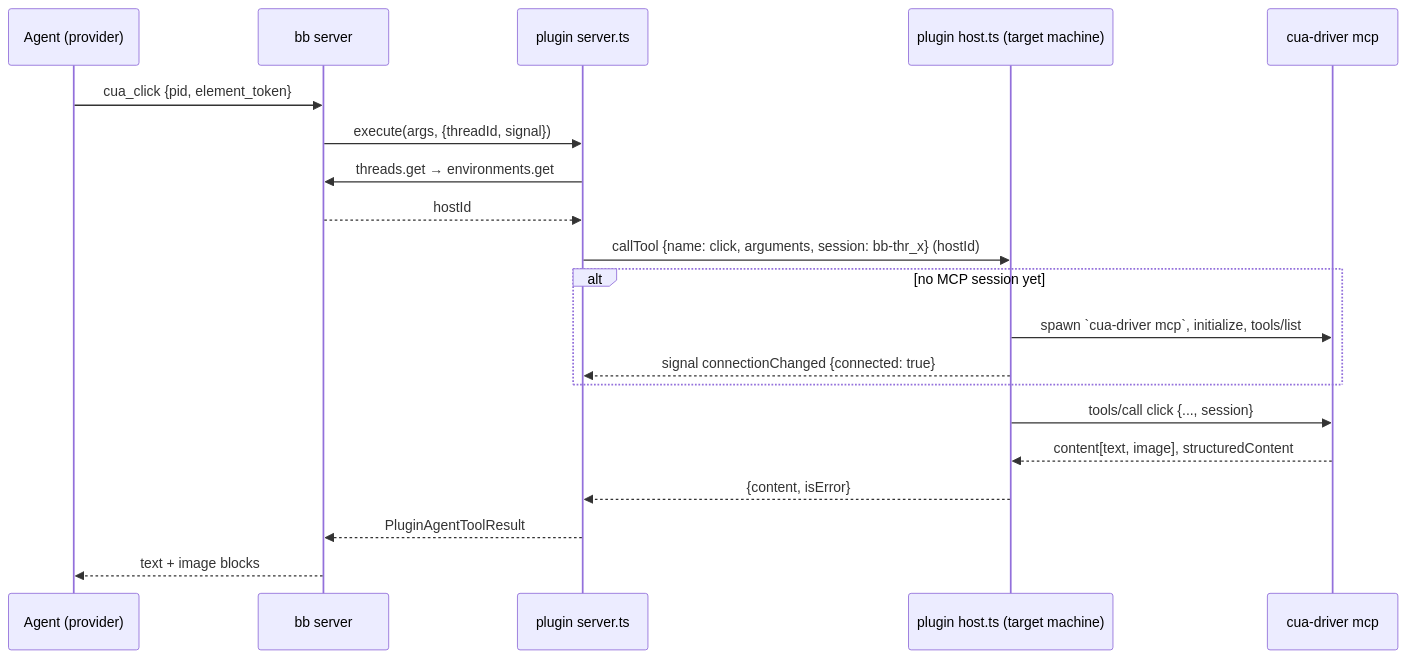
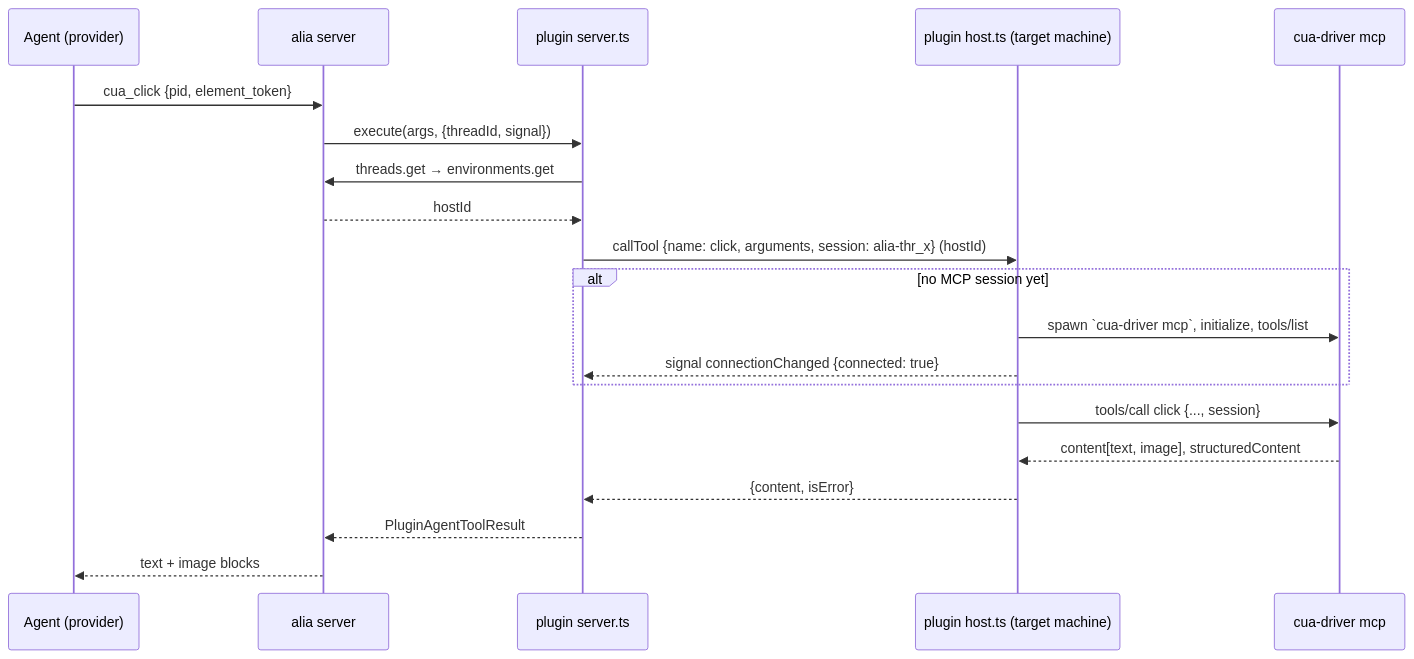
The second of 3 diagrams in plugins/cua-driver/docs/ARCHITECTURE.md (Vesnalia/vesnalia-plugins), drawn with Mermaid before and after one commit. The commit also changed other lines of this file and 13306 other files, not shown here.

````diff
--- a/plugins/cua-driver/docs/ARCHITECTURE.md
+++ b/plugins/cua-driver/docs/ARCHITECTURE.md
@@ -29,22 +29,22 @@
 ```mermaid
 sequenceDiagram
   participant A as Agent (provider)
-  participant B as bb server
+  participant B as alia server
   participant S as plugin server.ts
   participant H as plugin host.ts (target machine)
   participant C as cua-driver mcp
   A->>B: cua_click {pid, element_token}
   B->>S: execute(args, {threadId, signal})
   S->>B: threads.get → environments.get
   B-->>S: hostId
-  S->>H: callTool {name: click, arguments, session: bb-thr_x} (hostId)
+  S->>H: callTool {name: click, arguments, session: alia-thr_x} (hostId)
   alt no MCP session yet
     H->>C: spawn `cua-driver mcp`, initialize, tools/list
     H-->>S: signal connectionChanged {connected: true}
   end
   H->>C: tools/call click {..., session}
   C-->>H: content[text, image], structuredContent
   H-->>S: {content, isError}
   S-->>B: PluginAgentToolResult
   B-->>A: text + image blocks
 ```
````
